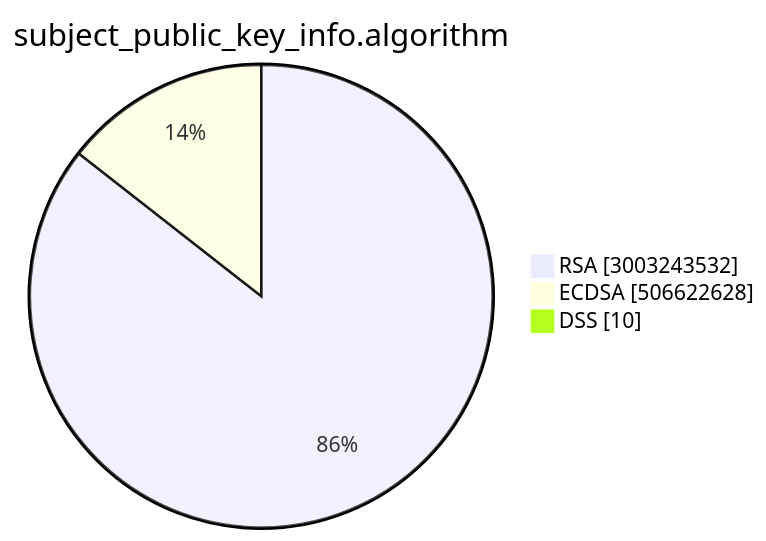
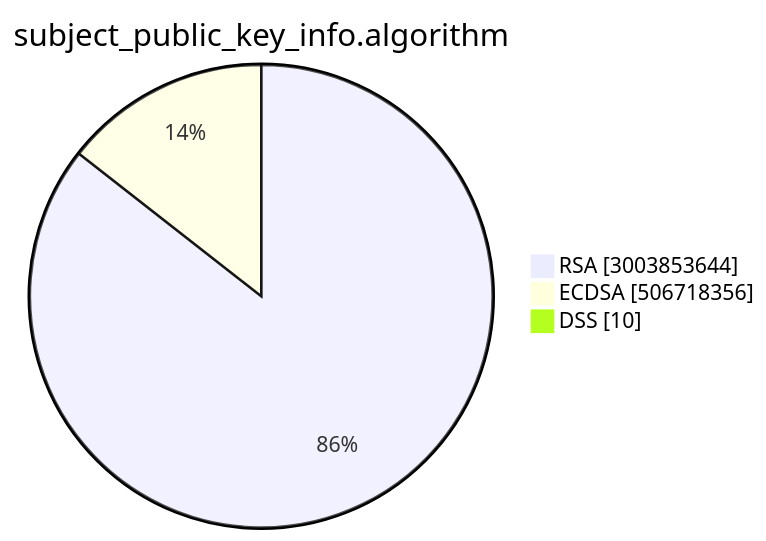
Before and after one commit to christiankrug/ctmonitor_visualization: the second of 15 diagrams in TOTAL/README.md, drawn with Mermaid. The commit also changed other lines of this file, not shown here.

````diff
--- a/TOTAL/README.md
+++ b/TOTAL/README.md
@@ -6,7 +6,7 @@
 ```mermaid
 pie showData
 title subject_public_key_info.algorithm
-"RSA" :3003243532
-"ECDSA" :506622628
+"RSA" :3003853644
+"ECDSA" :506718356
 "DSS" :10
 ```
````
